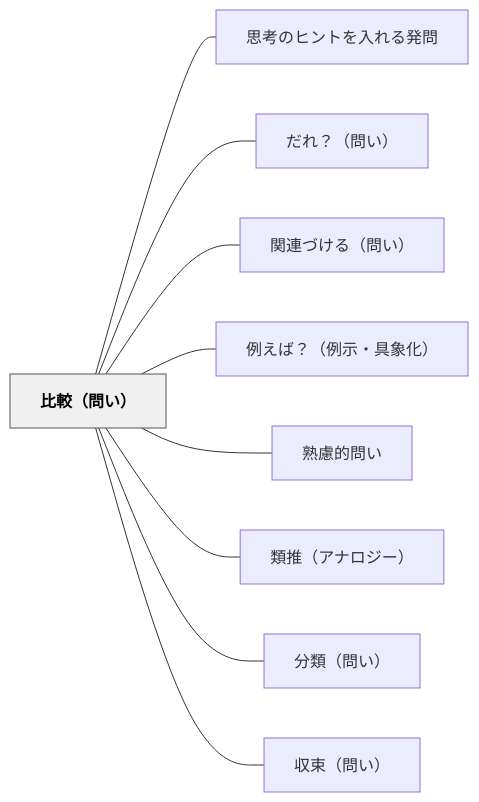
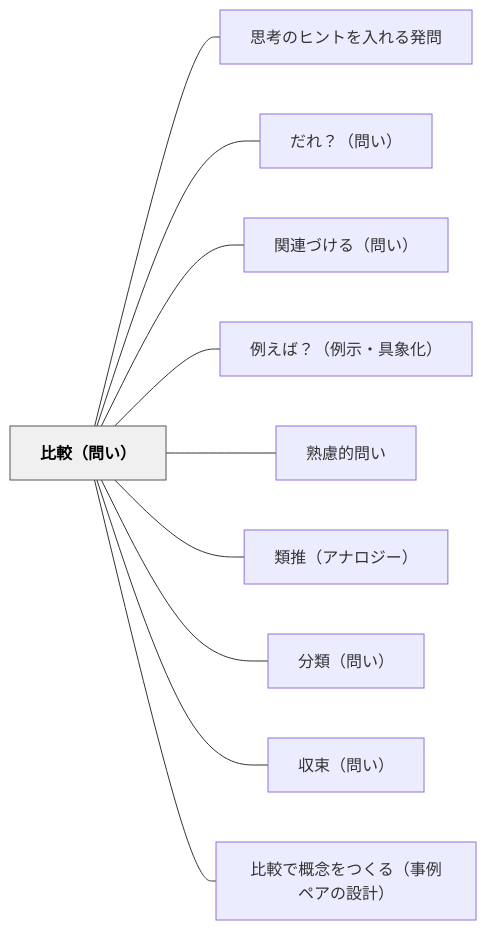
One commit to unknownthings-ed-patterns/unknownthings-ed-patterns changed the diagram in content/パタン/比較（問い）.md. Above: the diagram before and after it, drawn with Mermaid. The commit also changed other lines of this file and 2 other files, not shown here.

Commit message:
auto: Obsidianから同期 2026-06-13 03:11

````diff
--- a/content/パタン/比較（問い）.md
+++ b/content/パタン/比較（問い）.md
@@ -52,24 +53,26 @@
 ```mermaid
 flowchart LR
     ne6af94e8bc83efbc88e5958fe38184efbc89["比較（問い）"]
     ne6809de88083e381aee38392e383b3e38388e38292e585a5e3828ce3828be799bae5958f["思考のヒントを入れる発問"]
     ne381a0e3828cefbc9fefbc88e5958fe38184efbc89["だれ？（問い）"]
     ne996a2e980a3e381a5e38191e3828befbc88e5958fe38184efbc89["関連づける（問い）"]
     ne4be8be38188e381b0efbc9fefbc88e4be8be7a4bae383bbe585b7e8b1a1e58c96efbc89["例えば？（例示・具象化）"]
     ne7869fe685aee79a84e5958fe38184["熟慮的問い"]
     ne9a19ee68ea8efbc88e382a2e3838ae383ade382b8e383bcefbc89["類推（アナロジー）"]
     ne58886e9a19eefbc88e5958fe38184efbc89["分類（問い）"]
     ne58f8ee69d9fefbc88e5958fe38184efbc89["収束（問い）"]
+    ne6af94e8bc83e381a7e6a682e5bfb5e38292e381a4e3818fe3828befbc88e4ba8be4be8be3839ae382a2e381aee8a8ade8a888efbc89["比較で概念をつくる（事例ペアの設計）"]
 
     ne6af94e8bc83efbc88e5958fe38184efbc89 --- ne6809de88083e381aee38392e383b3e38388e38292e585a5e3828ce3828be799bae5958f
     ne6af94e8bc83efbc88e5958fe38184efbc89 --- ne381a0e3828cefbc9fefbc88e5958fe38184efbc89
     ne6af94e8bc83efbc88e5958fe38184efbc89 --- ne996a2e980a3e381a5e38191e3828befbc88e5958fe38184efbc89
     ne6af94e8bc83efbc88e5958fe38184efbc89 --- ne4be8be38188e381b0efbc9fefbc88e4be8be7a4bae383bbe585b7e8b1a1e58c96efbc89
     ne6af94e8bc83efbc88e5958fe38184efbc89 --- ne7869fe685aee79a84e5958fe38184
     ne6af94e8bc83efbc88e5958fe38184efbc89 --- ne9a19ee68ea8efbc88e382a2e3838ae383ade382b8e383bcefbc89
     ne6af94e8bc83efbc88e5958fe38184efbc89 --- ne58886e9a19eefbc88e5958fe38184efbc89
     ne6af94e8bc83efbc88e5958fe38184efbc89 --- ne58f8ee69d9fefbc88e5958fe38184efbc89
+    ne6af94e8bc83efbc88e5958fe38184efbc89 --- ne6af94e8bc83e381a7e6a682e5bfb5e38292e381a4e3818fe3828befbc88e4ba8be4be8be3839ae382a2e381aee8a8ade8a888efbc89
 
     classDef hub fill:#f0f0f0,stroke:#555,color:#000,font-weight:bold
     class ne6af94e8bc83efbc88e5958fe38184efbc89 hub
 ```
````
